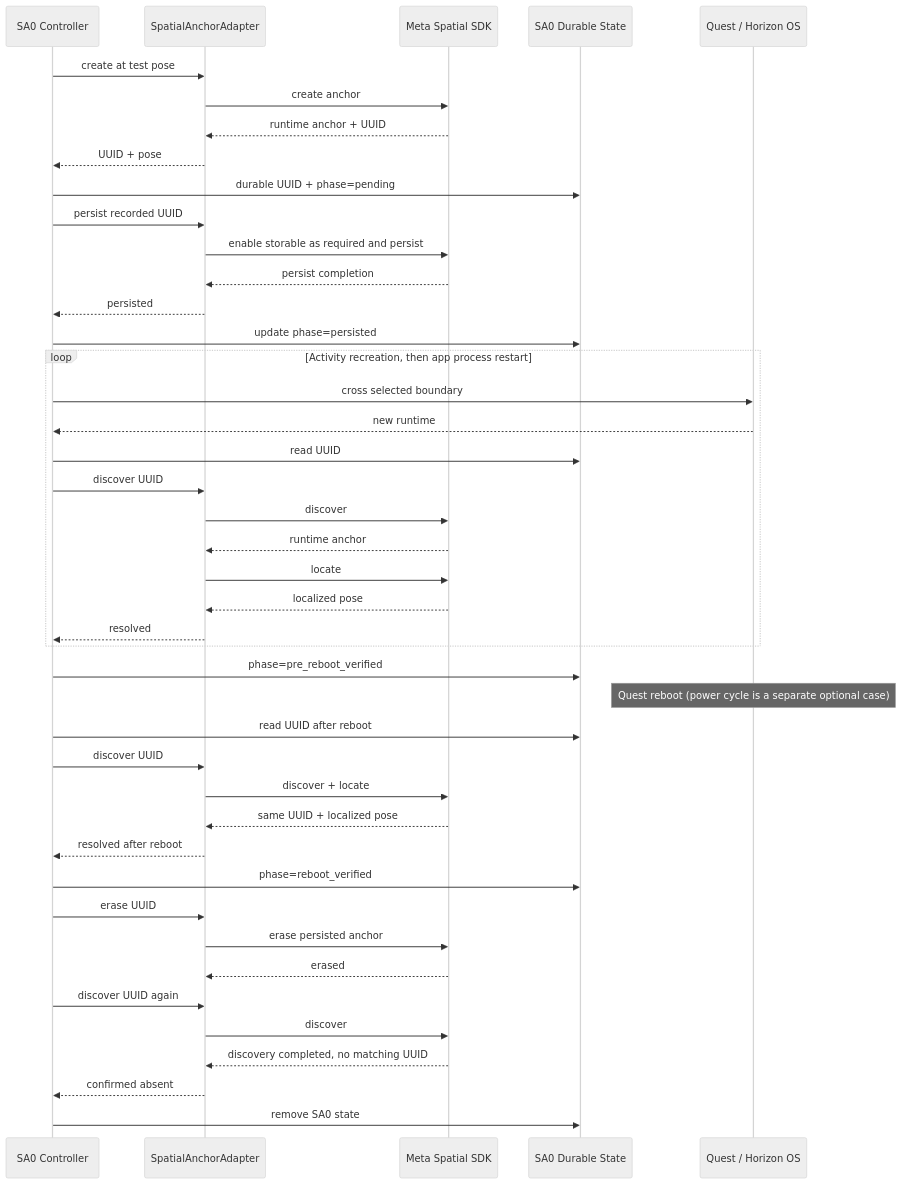
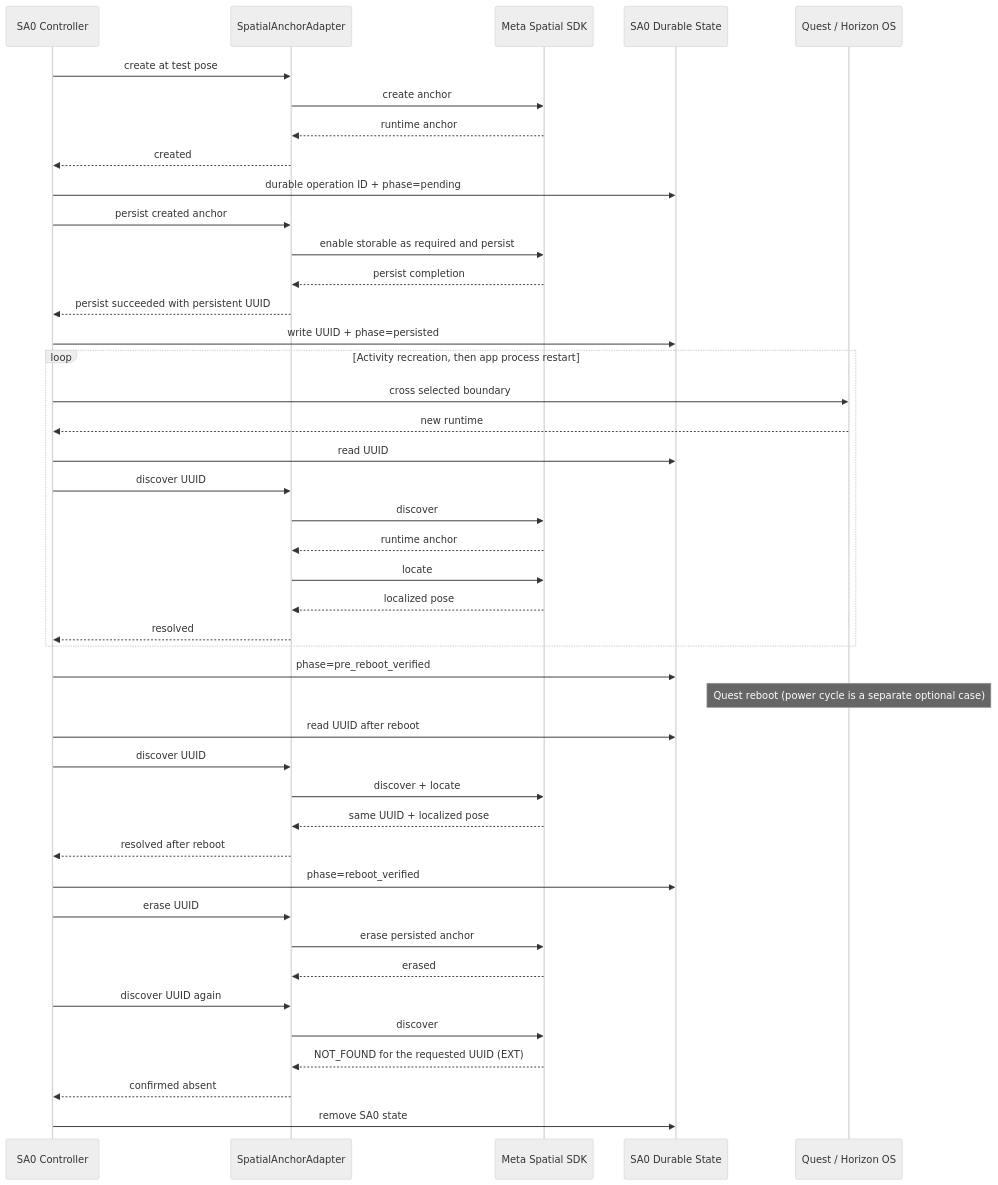
One commit to tin-machine/eidolon-wayland changed the eighth of 9 diagrams in docs/features/spatial-anchor/spatial-anchor-linux-design-20261111.md. Above: the diagram before and after it, drawn with Mermaid (neutral theme). The commit also changed other lines of this file, not shown here.

Commit message:
Quest 3 の Anchor 保存・再発見・消去の実測と中断時の扱いを記録

```diff
--- a/docs/features/spatial-anchor/spatial-anchor-linux-design-20261111.md
+++ b/docs/features/spatial-anchor/spatial-anchor-linux-design-20261111.md
@@ -1393,50 +1396,50 @@
 ~~~mermaid
 sequenceDiagram
     participant Test as SA0 Controller
     participant Adapter as SpatialAnchorAdapter
     participant Meta as Meta Spatial SDK
     participant Disk as SA0 Durable State
     participant OS as Quest / Horizon OS
 
     Test->>Adapter: create at test pose
     Adapter->>Meta: create anchor
-    Meta-->>Adapter: runtime anchor + UUID
-    Adapter-->>Test: UUID + pose
-    Test->>Disk: durable UUID + phase=pending
-    Test->>Adapter: persist recorded UUID
+    Meta-->>Adapter: runtime anchor
+    Adapter-->>Test: created
+    Test->>Disk: durable operation ID + phase=pending
+    Test->>Adapter: persist created anchor
     Adapter->>Meta: enable storable as required and persist
     Meta-->>Adapter: persist completion
-    Adapter-->>Test: persisted
-    Test->>Disk: update phase=persisted
+    Adapter-->>Test: persist succeeded with persistent UUID
+    Test->>Disk: write UUID + phase=persisted
 
     loop Activity recreation, then app process restart
     Test->>OS: cross selected boundary
     OS-->>Test: new runtime
     Test->>Disk: read UUID
     Test->>Adapter: discover UUID
     Adapter->>Meta: discover
     Meta-->>Adapter: runtime anchor
     Adapter->>Meta: locate
     Meta-->>Adapter: localized pose
     Adapter-->>Test: resolved
     end
     Test->>Disk: phase=pre_reboot_verified
 
     Note over OS: Quest reboot (power cycle is a separate optional case)
 
     Test->>Disk: read UUID after reboot
     Test->>Adapter: discover UUID
     Adapter->>Meta: discover + locate
     Meta-->>Adapter: same UUID + localized pose
     Adapter-->>Test: resolved after reboot
     Test->>Disk: phase=reboot_verified
 
     Test->>Adapter: erase UUID
     Adapter->>Meta: erase persisted anchor
     Meta-->>Adapter: erased
     Test->>Adapter: discover UUID again
     Adapter->>Meta: discover
-    Meta-->>Adapter: discovery completed, no matching UUID
+    Meta-->>Adapter: NOT_FOUND for the requested UUID (EXT)
     Adapter-->>Test: confirmed absent
     Test->>Disk: remove SA0 state
 ~~~
```
